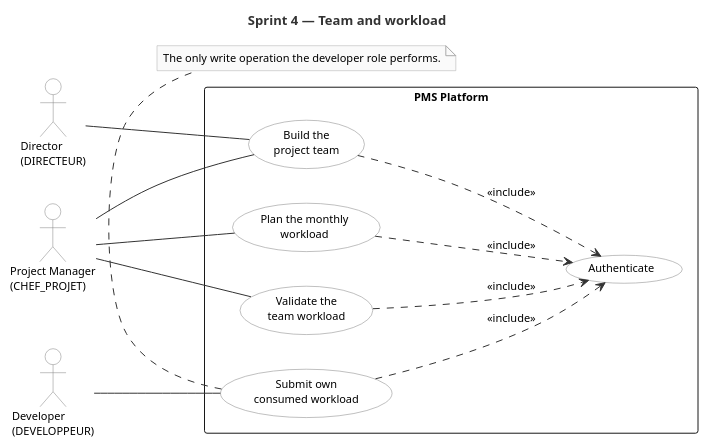
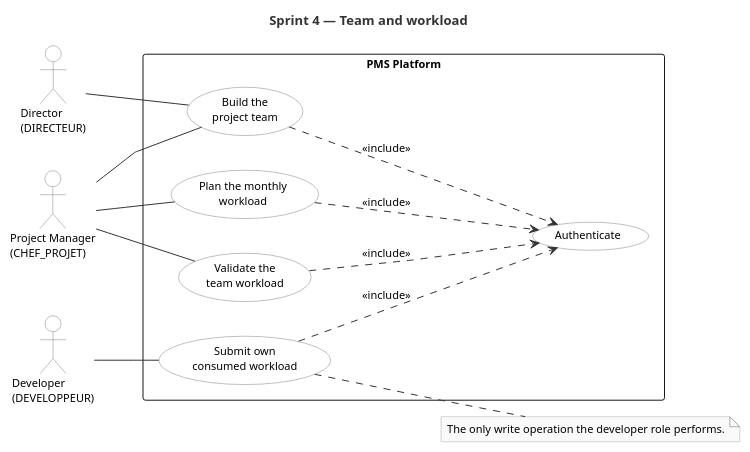
The diagram in docs/uml/sprint/uc_sprint4.puml (mazenrakrouki/tekup-pms-platform), drawn with PlantUML before and after one commit. The commit also changed 28 other files, not shown here.

First line of the commit message:
report: straight association lines in every use case diagram

```diff
--- a/docs/uml/sprint/uc_sprint4.puml
+++ b/docs/uml/sprint/uc_sprint4.puml
@@ -1,46 +1,48 @@
 @startuml uc_sprint4
 title Sprint 4 — Team and workload
 
 left to right direction
+
+skinparam linetype polyline
 
 skinparam shadowing false
 skinparam packageStyle rectangle
 skinparam defaultFontName Helvetica
 skinparam defaultFontSize 11
 skinparam actorBorderColor #808080
 skinparam actorBackgroundColor #FFFFFF
 skinparam usecaseBorderColor #808080
 skinparam usecaseBackgroundColor #FFFFFF
 skinparam ArrowColor #333333
 skinparam noteBorderColor #AAAAAA
 skinparam noteBackgroundColor #FAFAFA
 skinparam TitleFontSize 13
 skinparam TitleFontColor #333333
 
 actor "Director\n(DIRECTEUR)"          as Dir
 actor "Project Manager\n(CHEF_PROJET)" as PM
 actor "Developer\n(DEVELOPPEUR)"       as Dev
 
 rectangle "PMS Platform" {
   usecase "Build the\nproject team" as UC1
   usecase "Plan the monthly\nworkload" as UC2
   usecase "Submit own\nconsumed workload" as UC3
   usecase "Validate the\nteam workload" as UC4
   usecase "Authenticate" as UC0
 }
 
 Dir -- UC1
 PM -- UC1
 PM -- UC2
 PM -- UC4
 Dev -- UC3
 UC1 ..> UC0 : <<include>>
 UC2 ..> UC0 : <<include>>
 UC3 ..> UC0 : <<include>>
 UC4 ..> UC0 : <<include>>
 
-note bottom of UC3
+note right of UC3
   The only write operation the developer role performs.
 end note
 
 @enduml
```
